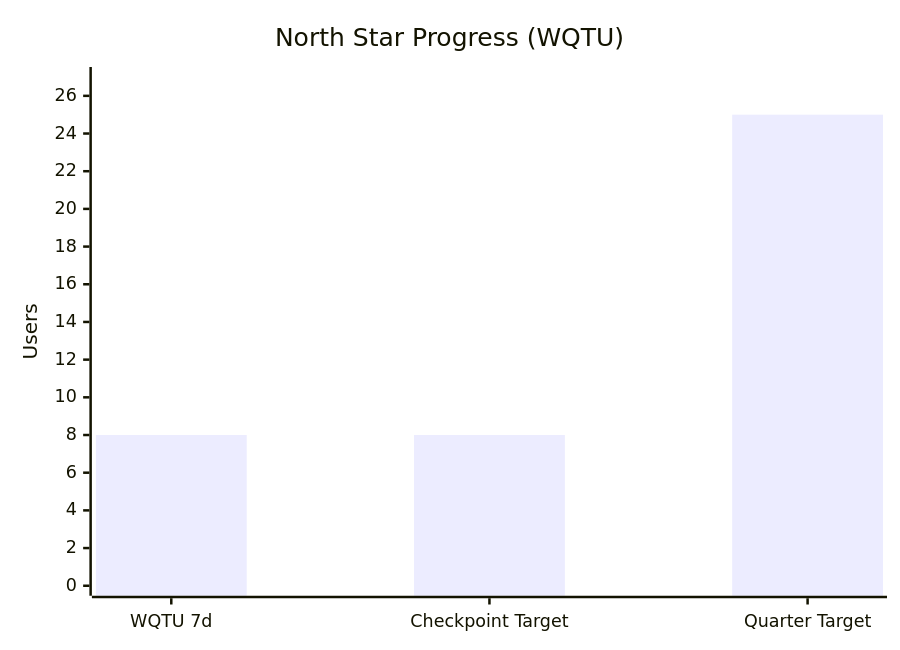
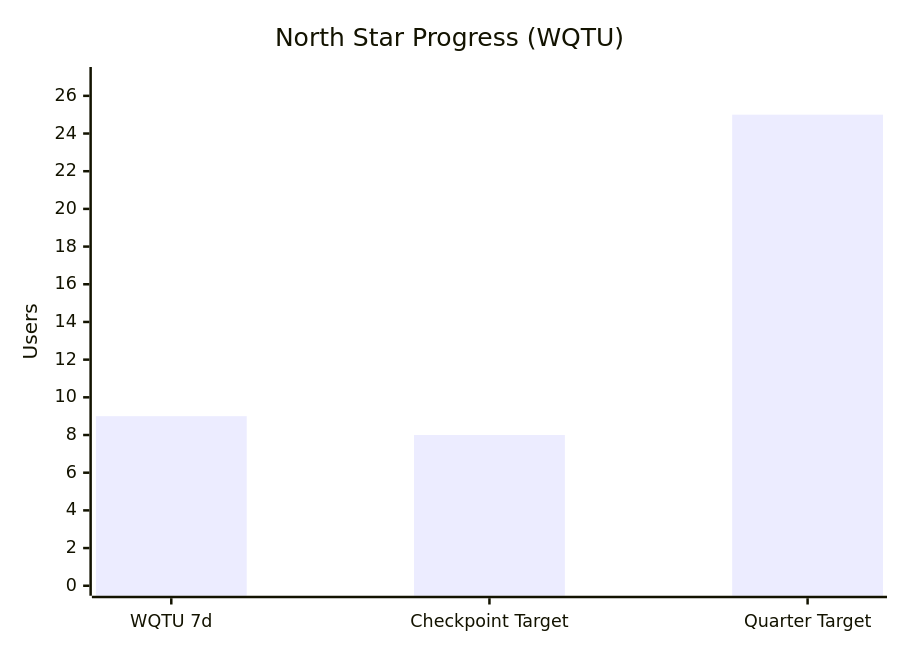
Before and after one commit to IgorGanapolsky/Random-Timer: the second of 4 diagrams in wiki/Paid-Acquisition.md, drawn with Mermaid. The commit also changed other lines of this file and 10 other files, not shown here.

````diff
--- a/wiki/Paid-Acquisition.md
+++ b/wiki/Paid-Acquisition.md
@@ -50,7 +50,7 @@
 ```mermaid
 xychart-beta
     title "North Star Progress (WQTU)"
     x-axis ["WQTU 7d" , "Checkpoint Target" , "Quarter Target"]
     y-axis "Users" 0 --> 27
-    bar [8 , 8 , 25]
+    bar [9 , 8 , 25]
 ```
````
